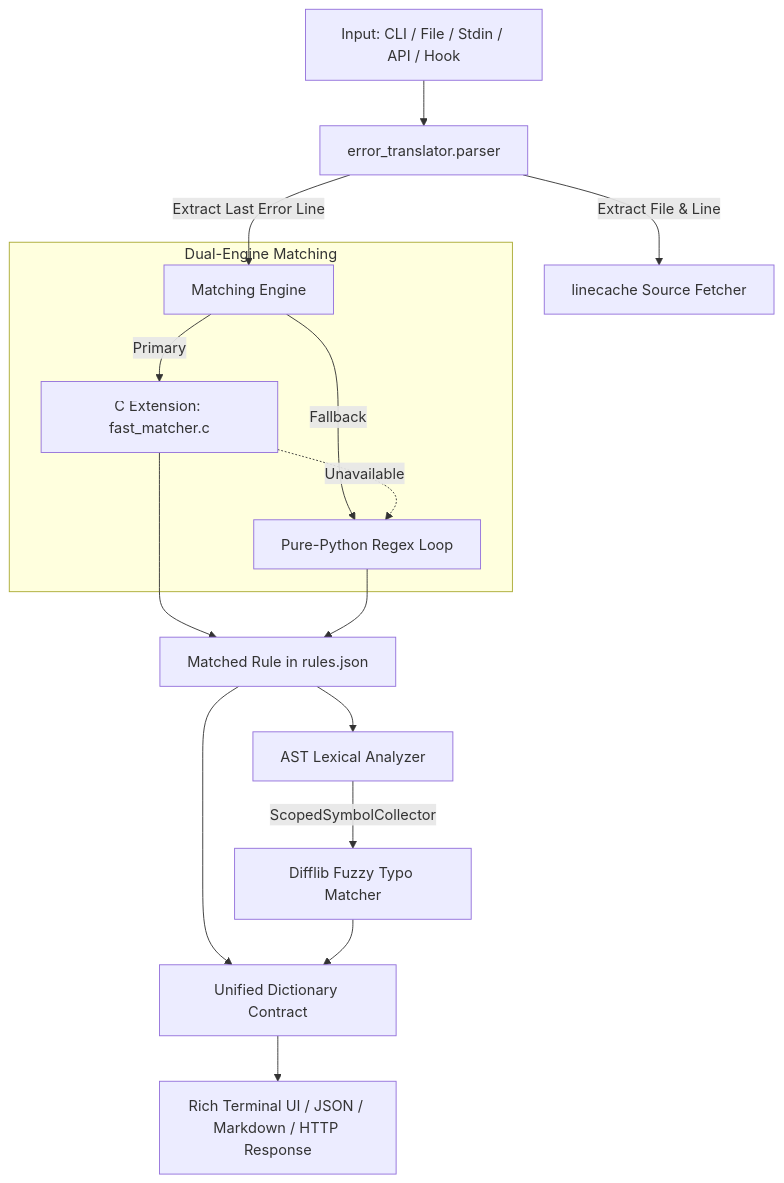
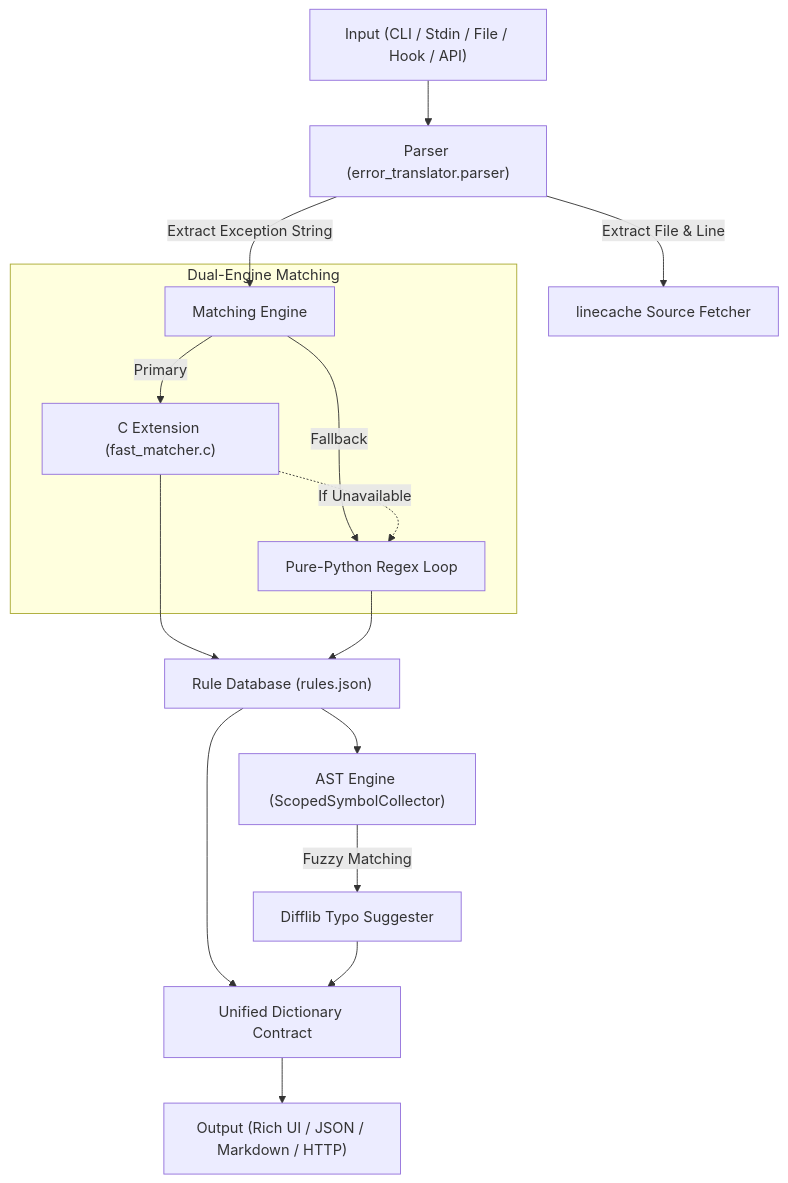
The diagram in README.md (gourabanandad/error-translator-cli-v2), drawn with Mermaid before and after one commit. The commit also changed other lines of this file and 2 other files, not shown here.

Commit message:
Add SKILL.md for README creation and update skills-lock.json

````diff
--- a/README.md
+++ b/README.md
@@ -323,23 +326,23 @@
 ```mermaid
 flowchart TD
-    A[Input: CLI / File / Stdin / API / Hook] --> B[error_translator.parser]
-    B -->|Extract File & Line| C[linecache Source Fetcher]
-    B -->|Extract Last Error Line| D[Matching Engine]
-    
-    subgraph Engine [Dual-Engine Matching]
-        D -->|Primary| E[C Extension: fast_matcher.c]
-        D -->|Fallback| F[Pure-Python Regex Loop]
-        E -.->|Unavailable| F
+    A["Input (CLI / Stdin / File / Hook / API)"] --> B["Parser (error_translator.parser)"]
+    B -->|Extract File & Line| C["linecache Source Fetcher"]
+    B -->|Extract Exception String| D["Matching Engine"]
+
+    subgraph Matching ["Dual-Engine Matching"]
+        D -->|Primary| E["C Extension (fast_matcher.c)"]
+        D -->|Fallback| F["Pure-Python Regex Loop"]
+        E -.->|If Unavailable| F
     end
-    
-    E --> G[Matched Rule in rules.json]
+
+    E --> G["Rule Database (rules.json)"]
     F --> G
-    
-    G --> H[AST Lexical Analyzer]
-    H -->|ScopedSymbolCollector| I[Difflib Fuzzy Typo Matcher]
-    
-    G --> J[Unified Dictionary Contract]
+
+    G --> H["AST Engine (ScopedSymbolCollector)"]
+    H -->|Fuzzy Matching| I["Difflib Typo Suggester"]
+
+    G --> J["Unified Dictionary Contract"]
     I --> J
-    
-    J --> K[Rich Terminal UI / JSON / Markdown / HTTP Response]
+
+    J --> K["Output (Rich UI / JSON / Markdown / HTTP)"]
 ```
````
